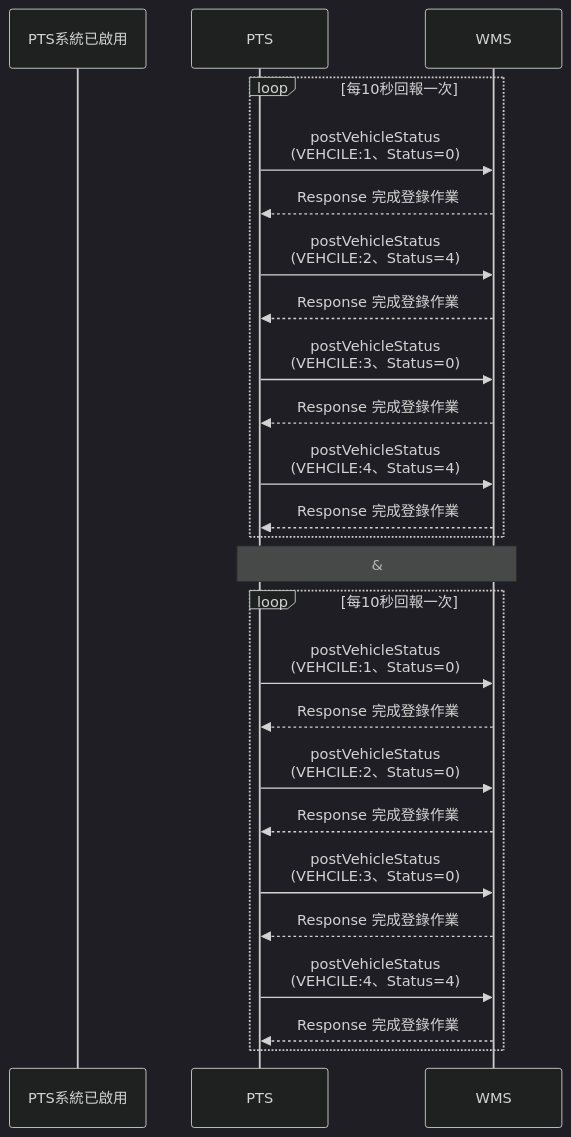
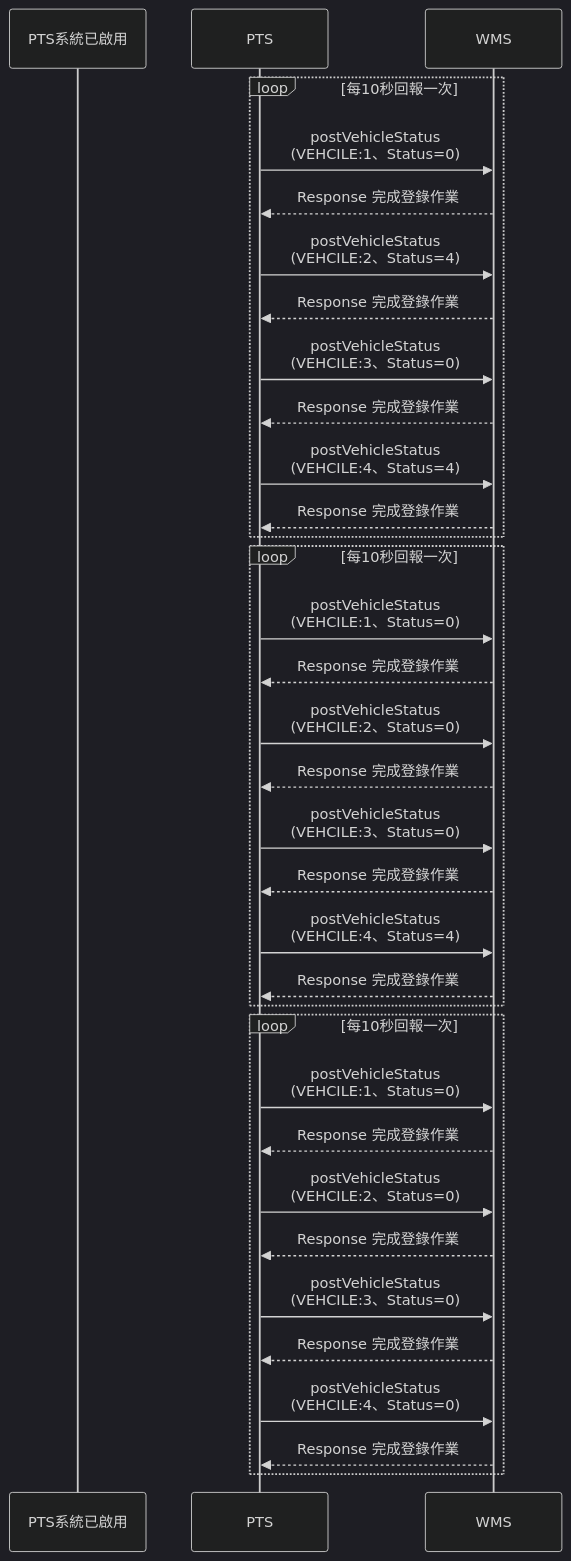
One commit to athena-tircgo/amr-wms-lsj changed the fifth of 5 diagrams in README.md. Above: the diagram before and after it, drawn with Mermaid (dark theme).

````diff
--- a/README.md
+++ b/README.md
@@ -307,28 +307,39 @@
 ```mermaid
 sequenceDiagram
     participant PTS系統已啟用
     participant PTS
     participant WMS
 
     loop 每10秒回報一次
         PTS->>WMS: postVehicleStatus<BR> (VEHCILE:1、Status=0)
         WMS-->>PTS: Response 完成登錄作業
         PTS->>WMS: postVehicleStatus<BR> (VEHCILE:2、Status=4)
         WMS-->>PTS: Response 完成登錄作業
         PTS->>WMS: postVehicleStatus<BR> (VEHCILE:3、Status=0)
         WMS-->>PTS: Response 完成登錄作業
         PTS->>WMS: postVehicleStatus<BR> (VEHCILE:4、Status=4)
         WMS-->>PTS: Response 完成登錄作業
     end
-    note over PTS,WMS: &#8203;
+
     loop 每10秒回報一次
         PTS->>WMS: postVehicleStatus<BR> (VEHCILE:1、Status=0)
         WMS-->>PTS: Response 完成登錄作業
         PTS->>WMS: postVehicleStatus<BR> (VEHCILE:2、Status=0)
         WMS-->>PTS: Response 完成登錄作業
         PTS->>WMS: postVehicleStatus<BR> (VEHCILE:3、Status=0)
         WMS-->>PTS: Response 完成登錄作業
         PTS->>WMS: postVehicleStatus<BR> (VEHCILE:4、Status=4)
         WMS-->>PTS: Response 完成登錄作業
     end
+
+    loop 每10秒回報一次
+        PTS->>WMS: postVehicleStatus<BR> (VEHCILE:1、Status=0)
+        WMS-->>PTS: Response 完成登錄作業
+        PTS->>WMS: postVehicleStatus<BR> (VEHCILE:2、Status=0)
+        WMS-->>PTS: Response 完成登錄作業
+        PTS->>WMS: postVehicleStatus<BR> (VEHCILE:3、Status=0)
+        WMS-->>PTS: Response 完成登錄作業
+        PTS->>WMS: postVehicleStatus<BR> (VEHCILE:4、Status=0)
+        WMS-->>PTS: Response 完成登錄作業
+    end
 ```
````
